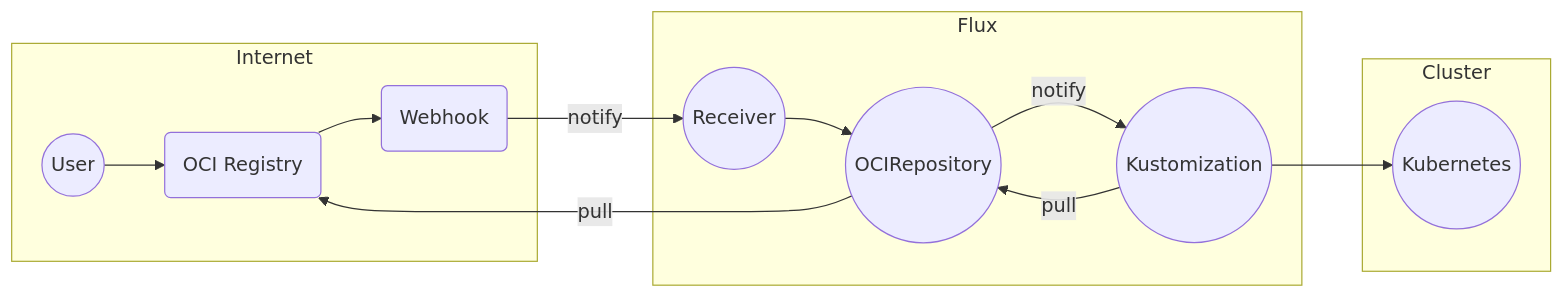
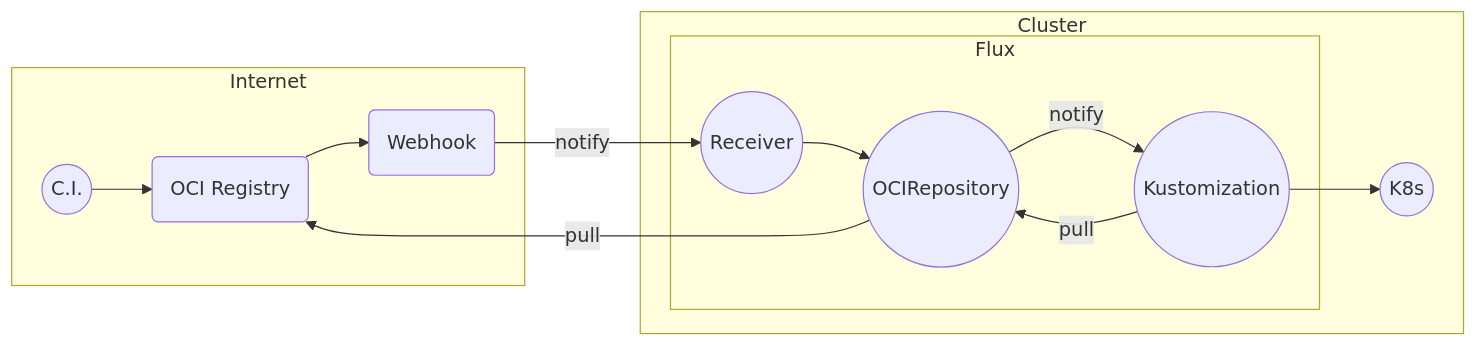
The fifth of 6 diagrams in lightning.md (kingdonb/rit-csh-slides), drawn with Mermaid before and after one commit. The commit also changed other lines of this file, not shown here.

````diff
--- a/lightning.md
+++ b/lightning.md
@@ -128,26 +158,26 @@
 ```mermaid
 flowchart LR
 
 subgraph Internet
-A((User))
+A((C.I.))
 H(OCI Registry)
 W(Webhook)
 end
 
 A --> H --> W -- notify --> R
 
+subgraph Cluster
 subgraph Flux
 R((Receiver))
 O -- pull --> H
 O((OCIRepository))
 K((Kustomization))
 O -- notify --> K
 K -- pull --> O
 R --> O
 end
 
-subgraph Cluster
-L((Kubernetes))
+L((K8s))
 K --> L
 end
 ```
````
